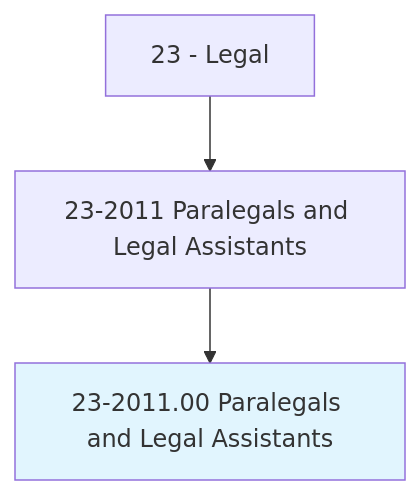
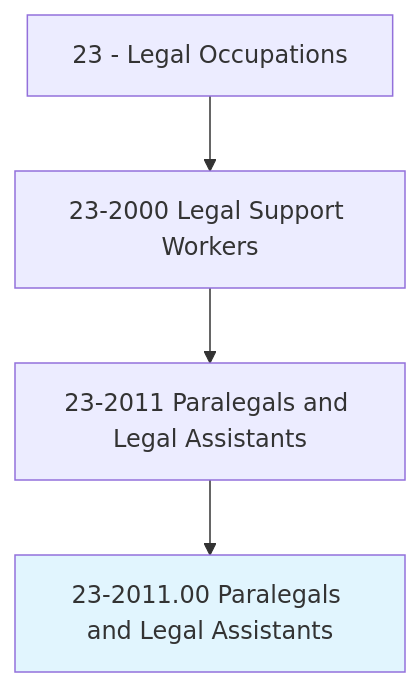
The first of 4 diagrams in occupations/Legal/ParalegalsAndLegalAssistants.mdx (kziemski/business.org.ai), drawn with Mermaid before and after one commit. The commit also changed other lines of this file and 938 other files, not shown here.

````diff
--- a/occupations/Legal/ParalegalsAndLegalAssistants.mdx
+++ b/occupations/Legal/ParalegalsAndLegalAssistants.mdx
@@ -19,6 +23,7 @@
 ```mermaid
 graph TD
-    Cat23["23 - Legal"] --> Group232011["23-2011 Paralegals and Legal Assistants"]
-    Group232011 --> Current["23-2011.00 Paralegals and Legal Assistants"]
+    Cat23["23 - Legal Occupations"] --> Group232["23-2000 Legal Support Workers"]
+    Group232 --> Base2011["23-2011 Paralegals and Legal Assistants"]
+    Base2011 --> Current["23-2011.00 Paralegals and Legal Assistants"]
     style Current fill:#e1f5fe
 ```
````
